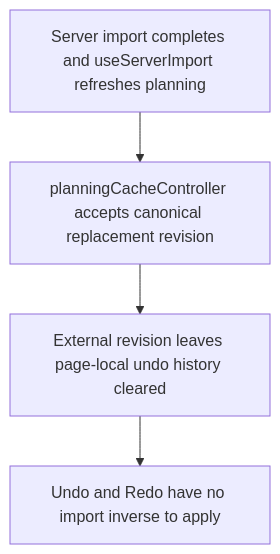
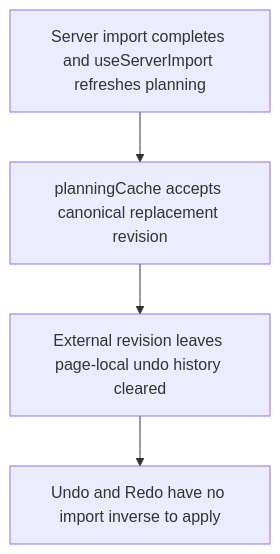
The second of 2 diagrams in user-stories/data/US-DAT-03-undo-import.md (Kevinjohn/capacitylens), drawn with Mermaid before and after one commit. The commit also changed other lines of this file and 117 other files, not shown here.

First line of the commit message:
Planning cache: rename the planning cache controller family

````diff
--- a/user-stories/data/US-DAT-03-undo-import.md
+++ b/user-stories/data/US-DAT-03-undo-import.md
@@ -26,6 +26,6 @@
 ```mermaid
 flowchart TD
-  server["Server import completes and useServerImport refreshes planning"] --> revision["planningCacheController accepts canonical replacement revision"]
+  server["Server import completes and useServerImport refreshes planning"] --> revision["planningCache accepts canonical replacement revision"]
   revision --> clear["External revision leaves page-local undo history cleared"]
   clear --> controls["Undo and Redo have no import inverse to apply"]
 ```
````
